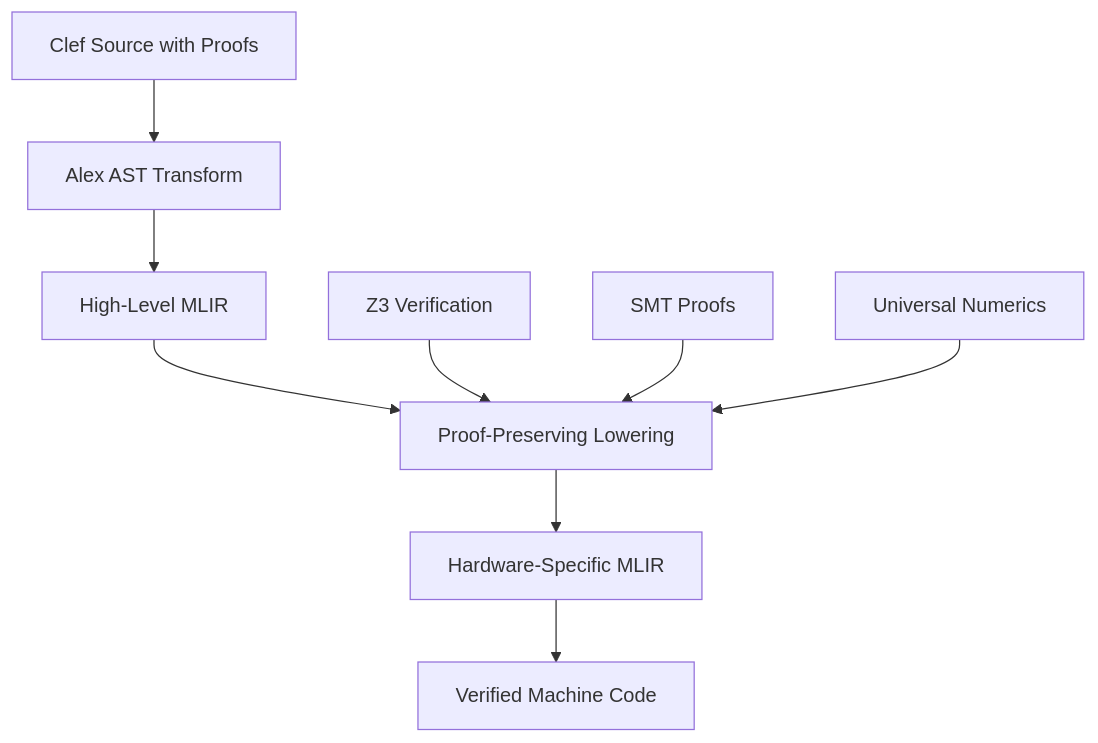
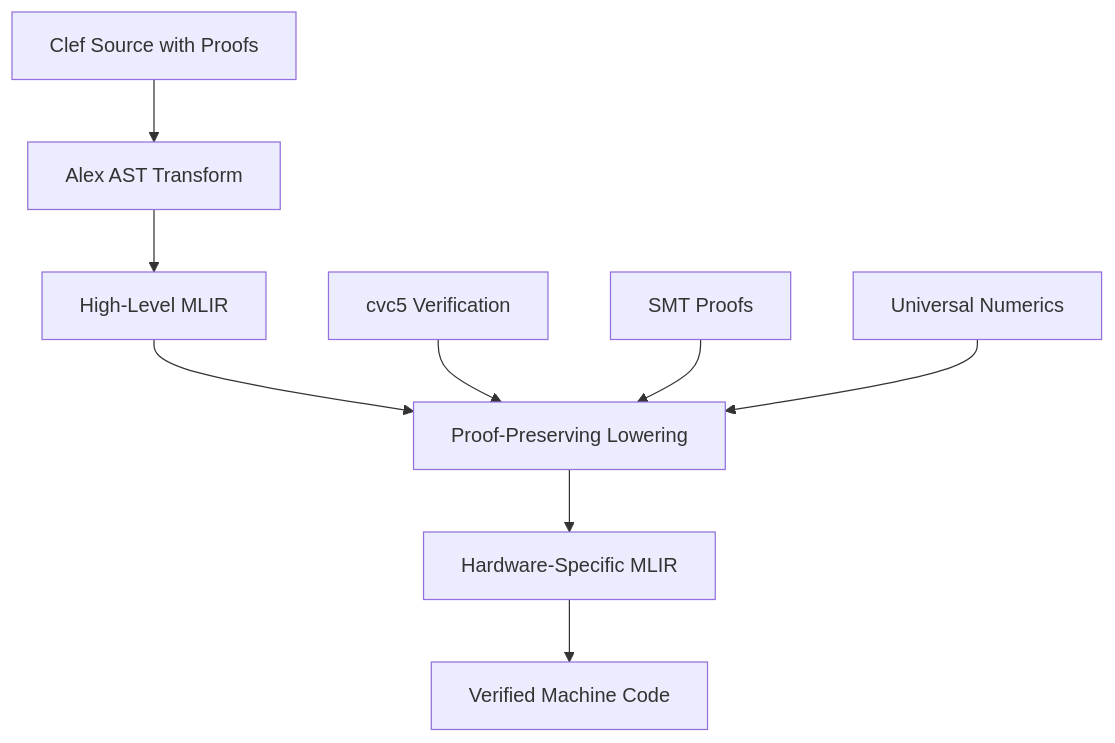
Before and after one commit to FidelityFramework/clef-lang-site: the first of 2 diagrams in hugo/content/blog/categorical-deep-learning.md, drawn with Mermaid. The commit also changed other lines of this file and 22 other files, not shown here.

````diff
--- a/hugo/content/blog/categorical-deep-learning.md
+++ b/hugo/content/blog/categorical-deep-learning.md
@@ -555,12 +555,12 @@
 ```mermaid
 graph TD
     A[Clef Source with Proofs] --> B[Alex AST Transform]
     B --> C[High-Level MLIR]
     C --> D[Proof-Preserving Lowering]
     D --> E[Hardware-Specific MLIR]
     E --> F[Verified Machine Code]
 
-    G[Z3 Verification] --> D
+    G[cvc5 Verification] --> D
     H[SMT Proofs] --> D
     I[Universal Numerics] --> D
 ```
````
